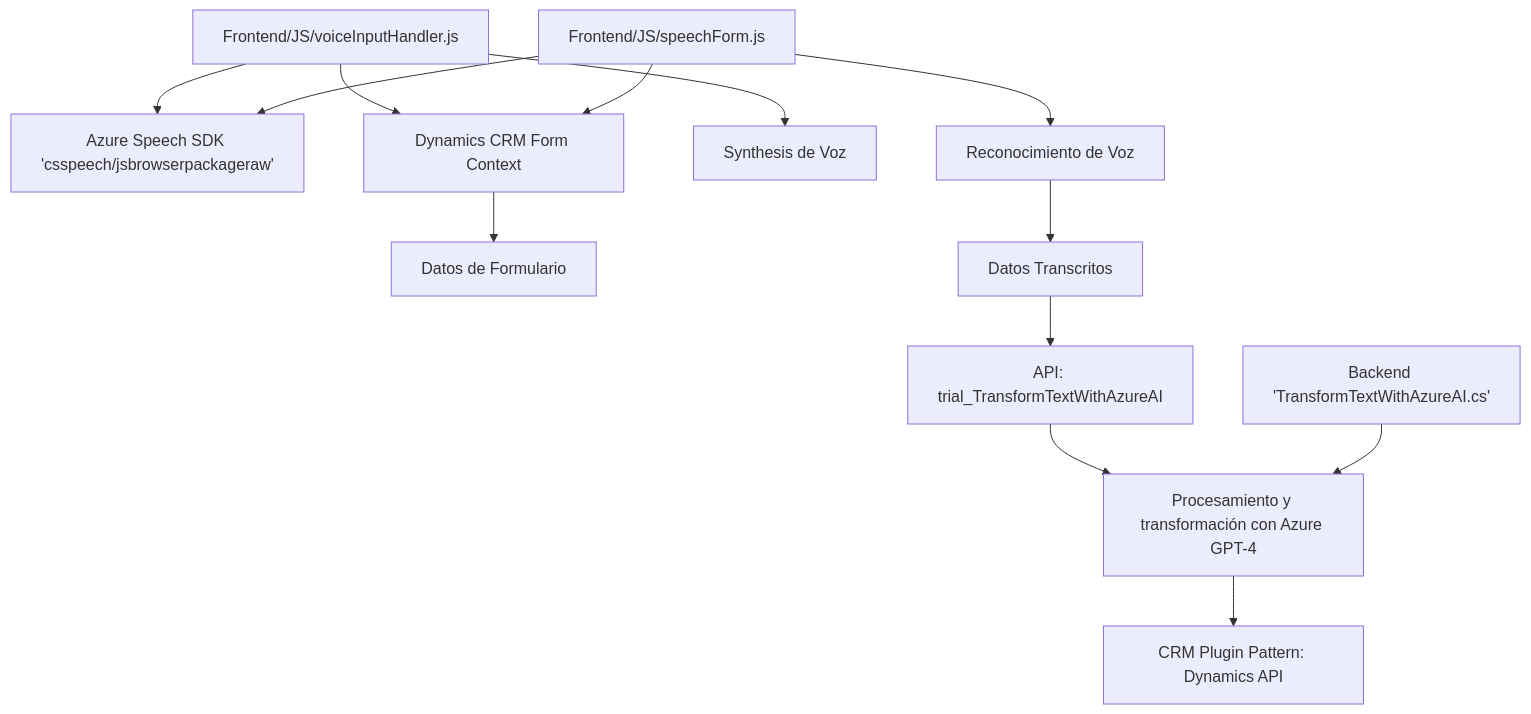
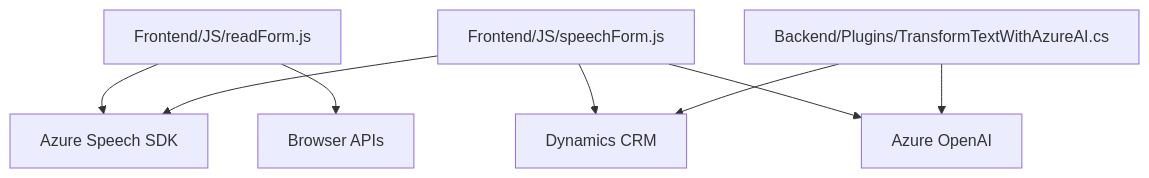
One commit to blopezdm/NETCORE_BILBAO2025 changed the diagram in README.md. Above: the diagram before and after it, drawn with Mermaid. The commit also changed other lines of this file, not shown here.

Commit message:
Actualizar análisis global de la solución con IA

````diff
--- a/README.md
+++ b/README.md
@@ -35,17 +54,18 @@
 ```mermaid
 graph TD
-    A["Frontend/JS/voiceInputHandler.js"] --> B["Azure Speech SDK 'csspeech/jsbrowserpackageraw'"]
-    A --> C["Dynamics CRM Form Context"]
-    C --> D["Datos de Formulario"]
-    A --> E["Synthesis de Voz"]
+    A["Frontend/JS/readForm.js"]
+    B["Frontend/JS/speechForm.js"]
+    C["Backend/Plugins/TransformTextWithAzureAI.cs"]
+    D["Azure Speech SDK"]
+    E["Dynamics CRM"]
+    F["Azure OpenAI"]
+    G["Browser APIs"]
 
-    F["Frontend/JS/speechForm.js"] --> B
-    F --> C
-    F --> G["Reconocimiento de Voz"]
-    G --> H["Datos Transcritos"]
-    H --> J["API: trial_TransformTextWithAzureAI"]
-    J --> K["Procesamiento y transformación con Azure GPT-4"]
-
-    L["Backend 'TransformTextWithAzureAI.cs'"] --> K
-    K --> M["CRM Plugin Pattern: Dynamics API"]
+    A --> D
+    A --> G
+    B --> D
+    B --> E
+    B --> F
+    C --> F
+    C --> E
 ```
````
